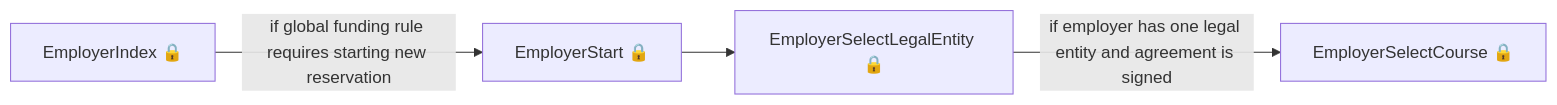
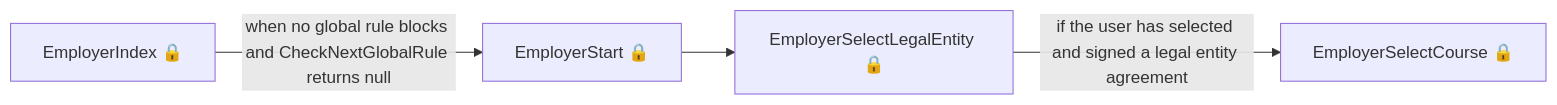
The second of 6 diagrams in das-reservations/user-journeys/user-journeys.md (talentconsulting/atlas-dfe), drawn with Mermaid before and after one commit. The commit also changed other lines of this file and 36 other files, not shown here.

````diff
--- a/das-reservations/user-journeys/user-journeys.md
+++ b/das-reservations/user-journeys/user-journeys.md
@@ -32,6 +22,6 @@
 ```mermaid
 flowchart LR
-  p0["EmployerIndex 🔒"] -->|"if global funding rule requires starting new reservation"| p1["EmployerStart 🔒"]
+  p0["EmployerIndex 🔒"] -->|"when no global rule blocks and CheckNextGlobalRule returns null"| p1["EmployerStart 🔒"]
   p1["EmployerStart 🔒"] --> p2["EmployerSelectLegalEntity 🔒"]
-  p2["EmployerSelectLegalEntity 🔒"] -->|"if employer has one legal entity and agreement is signed"| p3["EmployerSelectCourse 🔒"]
+  p2["EmployerSelectLegalEntity 🔒"] -->|"if the user has selected and signed a legal entity agreement"| p3["EmployerSelectCourse 🔒"]
 ```
````
